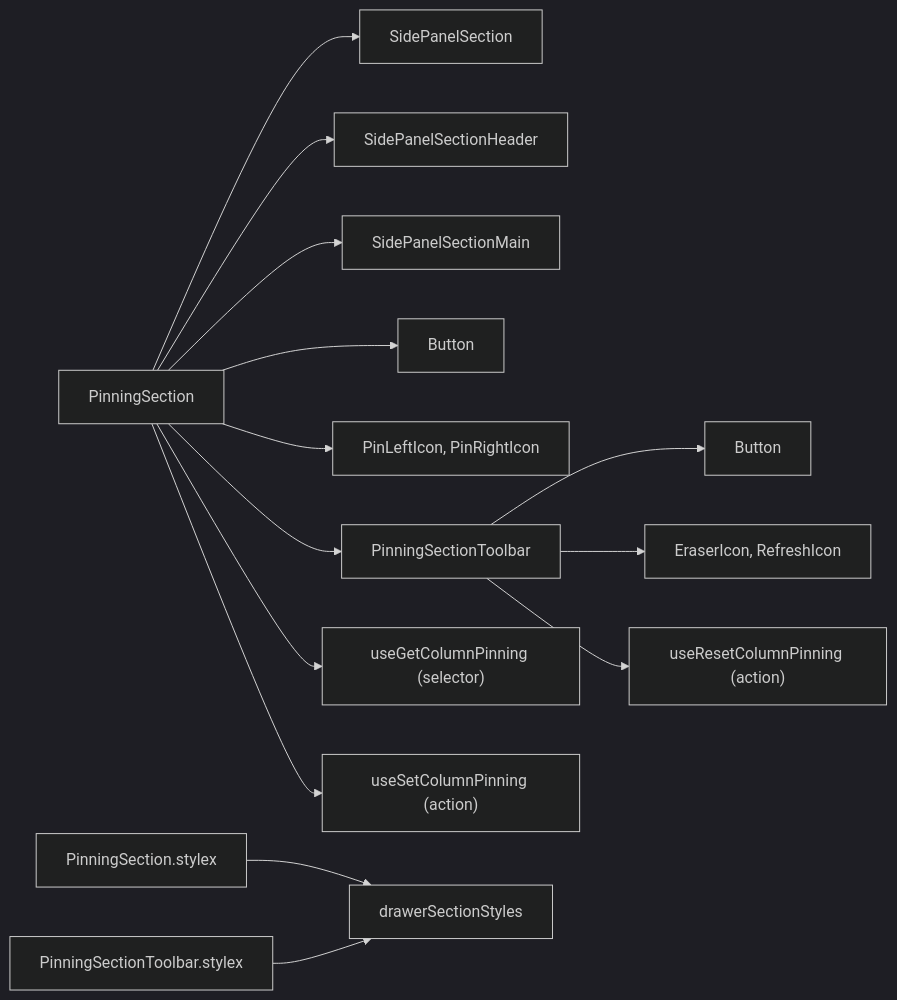
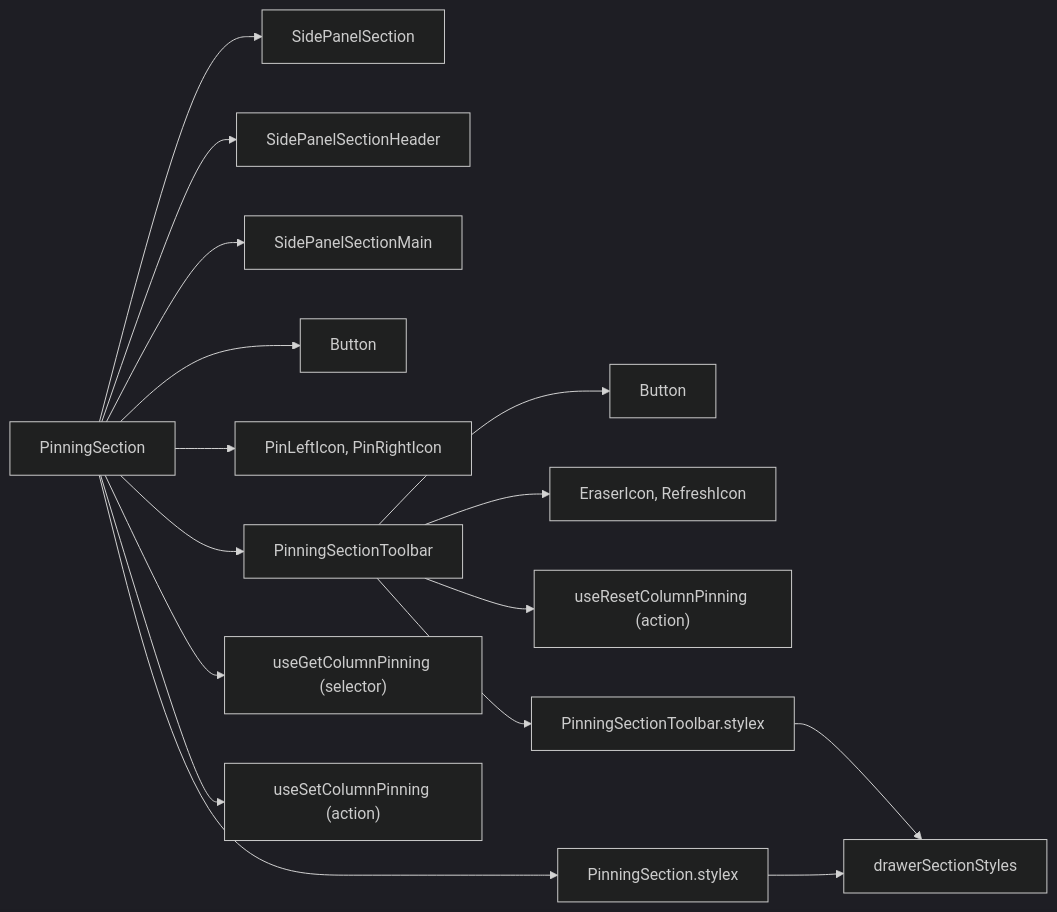
Before and after one commit to luciocabrera/lcabrera-stack: the first of 2 diagrams in src/components/Table/ColumnSettingsDrawer/PinningSection/ARCHITECTURE.md, drawn with Mermaid (dark theme).

Commit message:
refactor: update architecture diagram for PinningSection and PinningSectionToolbar styles

````diff
--- a/src/components/Table/ColumnSettingsDrawer/PinningSection/ARCHITECTURE.md
+++ b/src/components/Table/ColumnSettingsDrawer/PinningSection/ARCHITECTURE.md
@@ -23,19 +23,21 @@
 ```mermaid
 graph LR
   PS["PinningSection"] --> SidePanelSection
   PS --> SidePanelSectionHeader
   PS --> SidePanelSectionMain
   PS --> Button
   PS --> Icons["PinLeftIcon, PinRightIcon"]
   PS --> PSToolbar["PinningSectionToolbar"]
 
   PS --> useGetColumnPinning["useGetColumnPinning (selector)"]
   PS --> useSetColumnPinning["useSetColumnPinning (action)"]
 
   PSToolbar --> Button2["Button"]
   PSToolbar --> Icons2["EraserIcon, RefreshIcon"]
   PSToolbar --> useResetColumnPinning["useResetColumnPinning (action)"]
 
-  PS_stylex["PinningSection.stylex"] --> drawerSectionStyles
-  PST_stylex["PinningSectionToolbar.stylex"] --> drawerSectionStyles
+  PS --> PS_stylex["PinningSection.stylex"]
+  PSToolbar --> PST_stylex["PinningSectionToolbar.stylex"]
+  PS_stylex --> drawerSectionStyles
+  PST_stylex --> drawerSectionStyles
 ```
````
